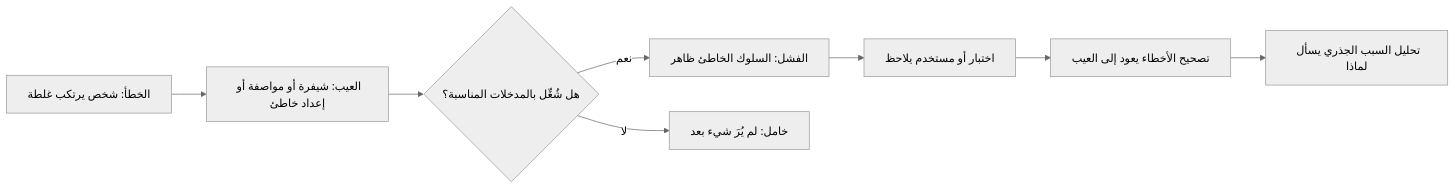
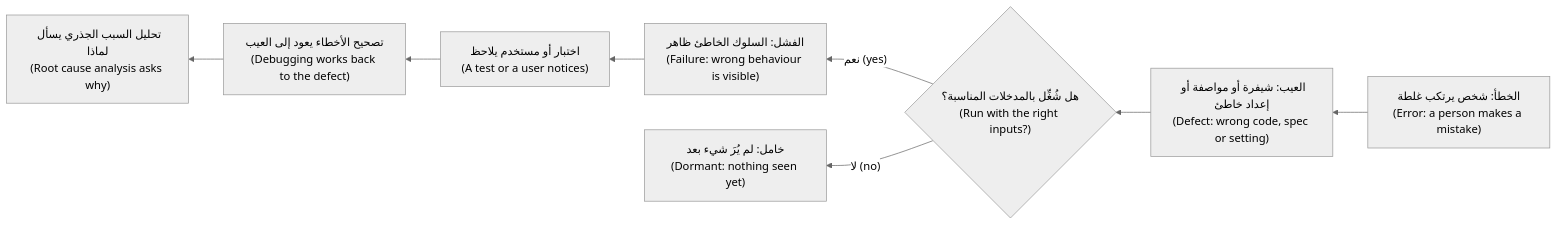
The second of 3 diagrams in testing/modules/00-orientation.ar.md (Tamoura/system-design-for-vibe-coders), drawn with Mermaid (neutral theme) before and after one commit. The commit also changed other lines of this file and 39 other files, not shown here.

````diff
--- a/testing/modules/00-orientation.ar.md
+++ b/testing/modules/00-orientation.ar.md
@@ -309,10 +309,10 @@
 ```mermaid
-flowchart LR
-    E["الخطأ: شخص يرتكب غلطة"] --> D["العيب: شيفرة أو مواصفة أو إعداد خاطئ"]
-    D --> X{"هل شُغِّل بالمدخلات المناسبة؟"}
-    X -->|"نعم"| F["الفشل: السلوك الخاطئ ظاهر"]
-    X -->|"لا"| Q["خامل: لم يُرَ شيء بعد"]
-    F --> T["اختبار أو مستخدم يلاحظ"]
-    T --> B["تصحيح الأخطاء يعود إلى العيب"]
-    B --> R["تحليل السبب الجذري يسأل لماذا"]
+flowchart RL
+    E["الخطأ: شخص يرتكب غلطة<br/>(Error: a person makes a mistake)"] --> D["العيب: شيفرة أو مواصفة أو إعداد خاطئ<br/>(Defect: wrong code, spec or setting)"]
+    D --> X{"هل شُغِّل بالمدخلات المناسبة؟<br/>(Run with the right inputs?)"}
+    X -->|"نعم (yes)"| F["الفشل: السلوك الخاطئ ظاهر<br/>(Failure: wrong behaviour is visible)"]
+    X -->|"لا (no)"| Q["خامل: لم يُرَ شيء بعد<br/>(Dormant: nothing seen yet)"]
+    F --> T["اختبار أو مستخدم يلاحظ<br/>(A test or a user notices)"]
+    T --> B["تصحيح الأخطاء يعود إلى العيب<br/>(Debugging works back to the defect)"]
+    B --> R["تحليل السبب الجذري يسأل لماذا<br/>(Root cause analysis asks why)"]
 ```
````
